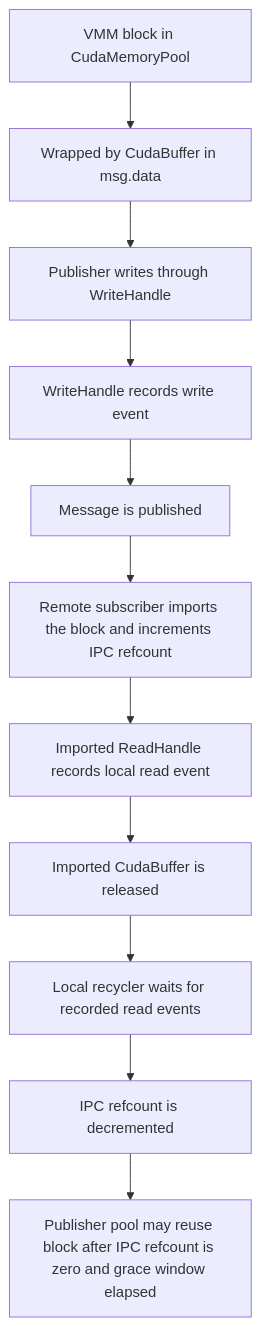
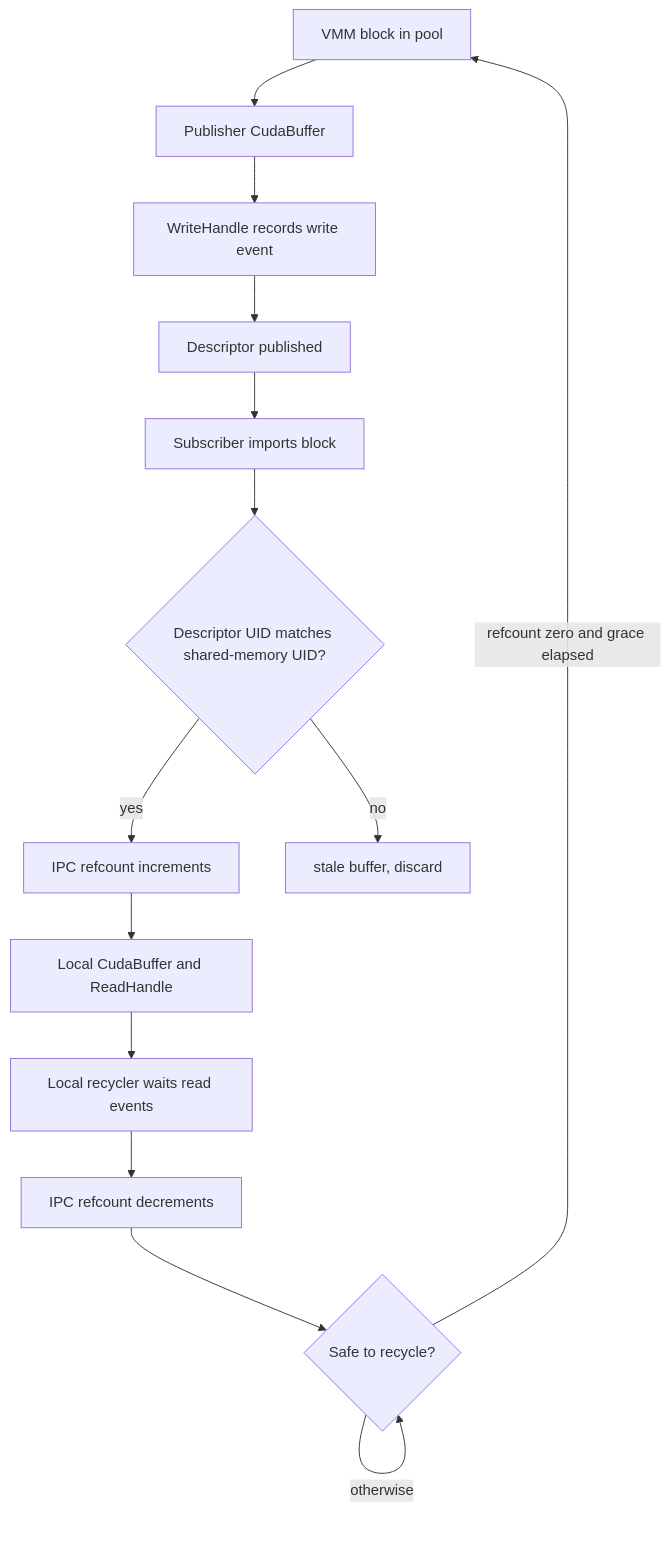
Before and after one commit to ayusmans/rosidl_buffer_backends: the fourth of 4 diagrams in docs/cuda_buffer_backend_design.md, drawn with Mermaid. The commit also changed other lines of this file, not shown here.

Commit message:
update diagram

````diff
--- a/docs/cuda_buffer_backend_design.md
+++ b/docs/cuda_buffer_backend_design.md
@@ -105,15 +105,18 @@
 ```mermaid
 flowchart TD
-  A["VMM block in CudaMemoryPool"] --> B["Wrapped by CudaBuffer in msg.data"]
-  B --> C["Publisher writes through WriteHandle"]
-  C --> D["WriteHandle records write event"]
-  D --> E["Message is published"]
+  A["VMM block in pool"] --> B["Publisher CudaBuffer"]
+  B --> C["WriteHandle records write event"]
+  C --> D["Descriptor published"]
 
-  E --> F["Remote subscriber imports the block and increments IPC refcount"]
-  F --> G["Imported ReadHandle records local read event"]
-  G --> H["Imported CudaBuffer is released"]
-  H --> I["Local recycler waits for recorded read events"]
-  I --> J["IPC refcount is decremented"]
+  D --> E["Subscriber imports block"]
+  E --> F{"Descriptor UID matches shared-memory UID?"}
+  F -->|"yes"| G["IPC refcount increments"]
+  F -->|"no"| S["stale buffer, discard"]
+  G --> H["Local CudaBuffer and ReadHandle"]
+  H --> I["Local recycler waits read events"]
+  I --> J["IPC refcount decrements"]
 
-  J --> K["Publisher pool may reuse block after IPC refcount is zero and grace window elapsed"]
+  J --> K{"Safe to recycle?"}
+  K -->|"refcount zero and grace elapsed"| A
+  K -->|"otherwise"| K
 ```
````
